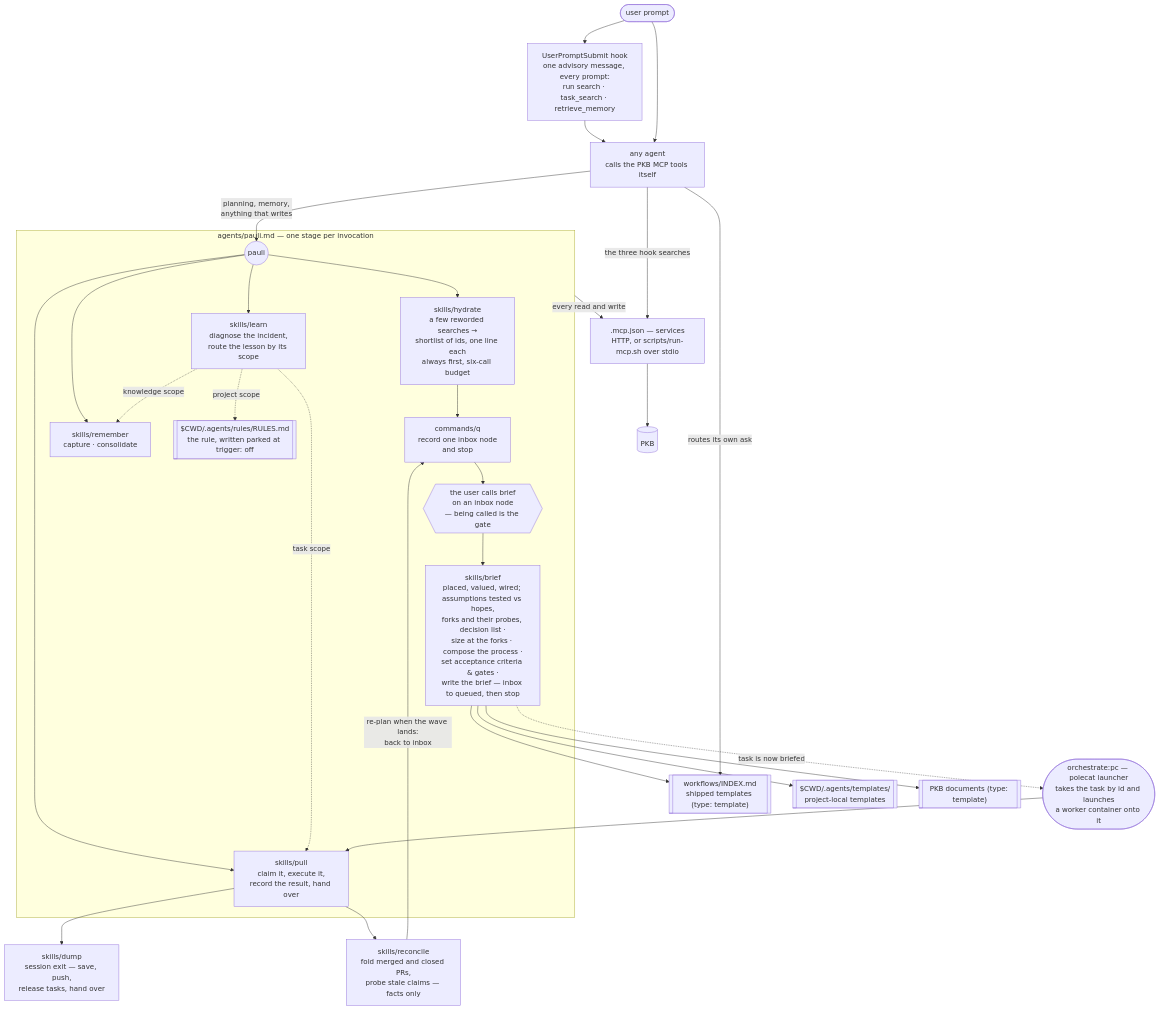
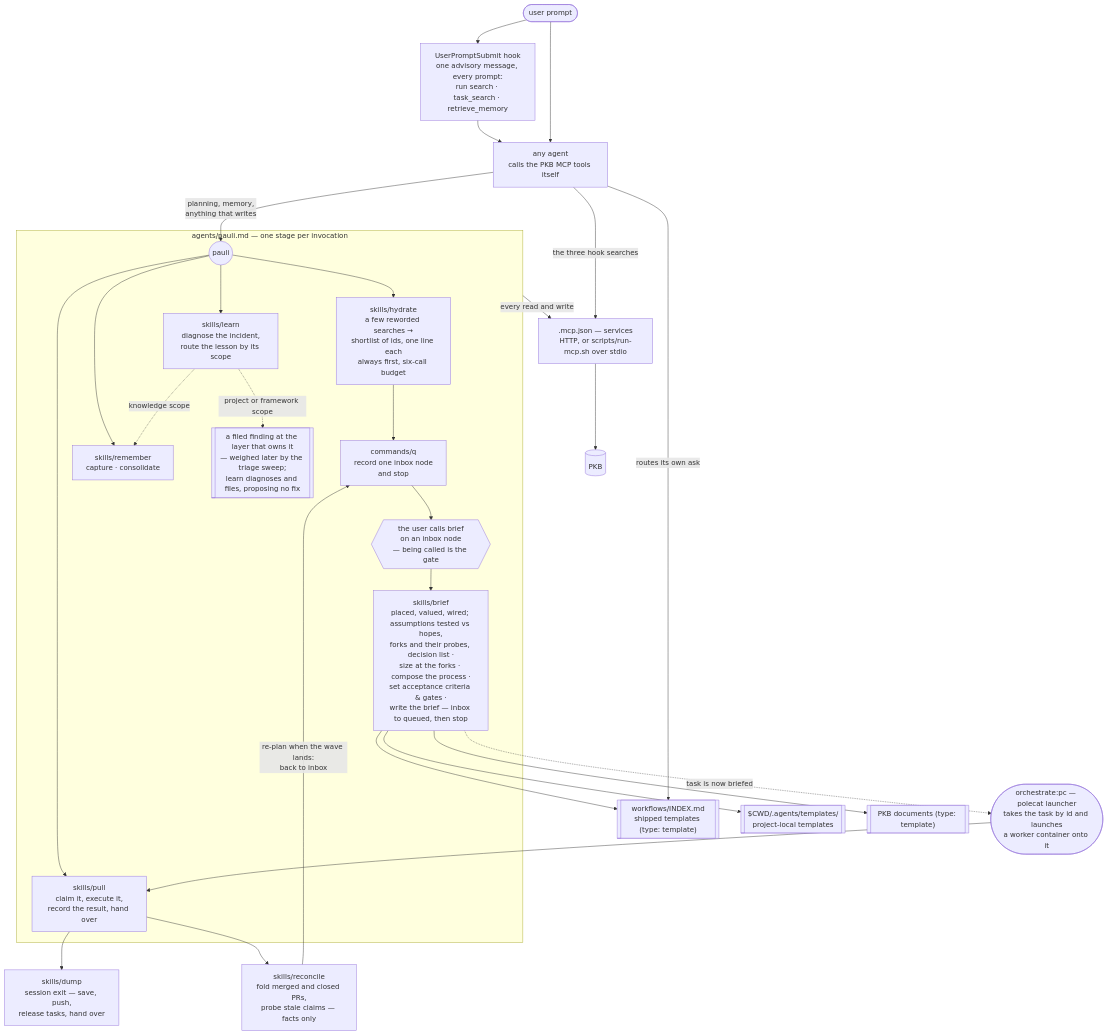
The diagram in plugins/aops/README.md (nicsuzor/academicOps), drawn with Mermaid before and after one commit. The commit also changed 2 other files, not shown here.

First paragraph of the commit message:
refactor(learn): revoke the skill's remedy authority (aops_ae92a692)
/learn diagnoses and files. It no longer proposes a remedy, selects a
remedy class, argues remedy fit, or creates a fix task.

````diff
--- a/plugins/aops/README.md
+++ b/plugins/aops/README.md
@@ -8,44 +8,43 @@
 ```mermaid
 flowchart TD
     prompt([user prompt]) --> hook
 
     hook["UserPromptSubmit hook<br/>one advisory message, every prompt:<br/>run search · task_search · retrieve_memory"]
     hook --> agent
     prompt --> agent["any agent<br/>calls the PKB MCP tools itself"]
 
     agent -- "planning, memory,<br/>anything that writes" --> pauli
 
     subgraph pkbwrite["agents/pauli.md — one stage per invocation"]
         pauli(("pauli"))
         pauli --> hydrate["skills/hydrate<br/>a few reworded searches →<br/>shortlist of ids, one line each<br/>always first, six-call budget"]
 
         hydrate --> capture["commands/q<br/>record one inbox node<br/>and stop"]
         capture --> gate{{"the user calls brief<br/>on an inbox node<br/>— being called is the gate"}}
         gate --> brief["skills/brief<br/>placed, valued, wired; assumptions tested vs hopes,<br/>forks and their probes, decision list ·<br/>size at the forks · compose the process ·<br/>set acceptance criteria & gates ·<br/>write the brief — inbox to queued, then stop"]
 
         pauli --> pull["skills/pull<br/>claim it, execute it,<br/>record the result, hand over"]
         pauli --> remember["skills/remember<br/>capture · consolidate"]
         pauli --> learn["skills/learn<br/>diagnose the incident,<br/>route the lesson by its scope"]
 
         learn -. knowledge scope .-> remember
-        learn -. project scope .-> rules[["$CWD/.agents/rules/RULES.md<br/>the rule, written parked at trigger: off"]]
-        learn -. task scope .-> pull
+        learn -. project or framework scope .-> finding[["a filed finding at the layer that owns it<br/>— weighed later by the triage sweep;<br/>learn diagnoses and files, proposing no fix"]]
     end
 
     pull --> dump["skills/dump<br/>session exit — save, push,<br/>release tasks, hand over"]
     pull --> reconcile["skills/reconcile<br/>fold merged and closed PRs,<br/>probe stale claims — facts only"]
     reconcile -- "re-plan when the wave lands:<br/>back to inbox" --> capture
 
     brief --> library[["workflows/INDEX.md<br/>shipped templates (type: template)"]]
     brief --> userlayer[["$CWD/.agents/templates/<br/>project-local templates"]]
     brief --> wftemplates[["PKB documents (type: template)"]]
     agent -- "routes its own ask" --> library
 
     pkbwrite -- "every read and write" --> mcp
     agent -- "the three hook searches" --> mcp
 
     mcp[".mcp.json — services<br/>HTTP, or scripts/run-mcp.sh over stdio"] --> pkbstore[(PKB)]
 
     brief -. "task is now briefed" .-> dispatch(["orchestrate:pc — polecat launcher<br/>takes the task by id and launches<br/>a worker container onto it"])
     dispatch --> pull
 ```
````
